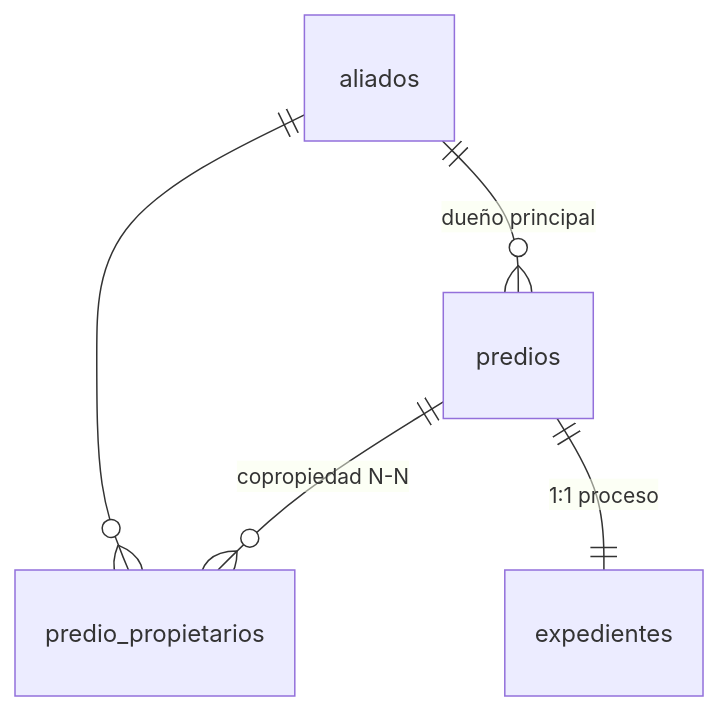
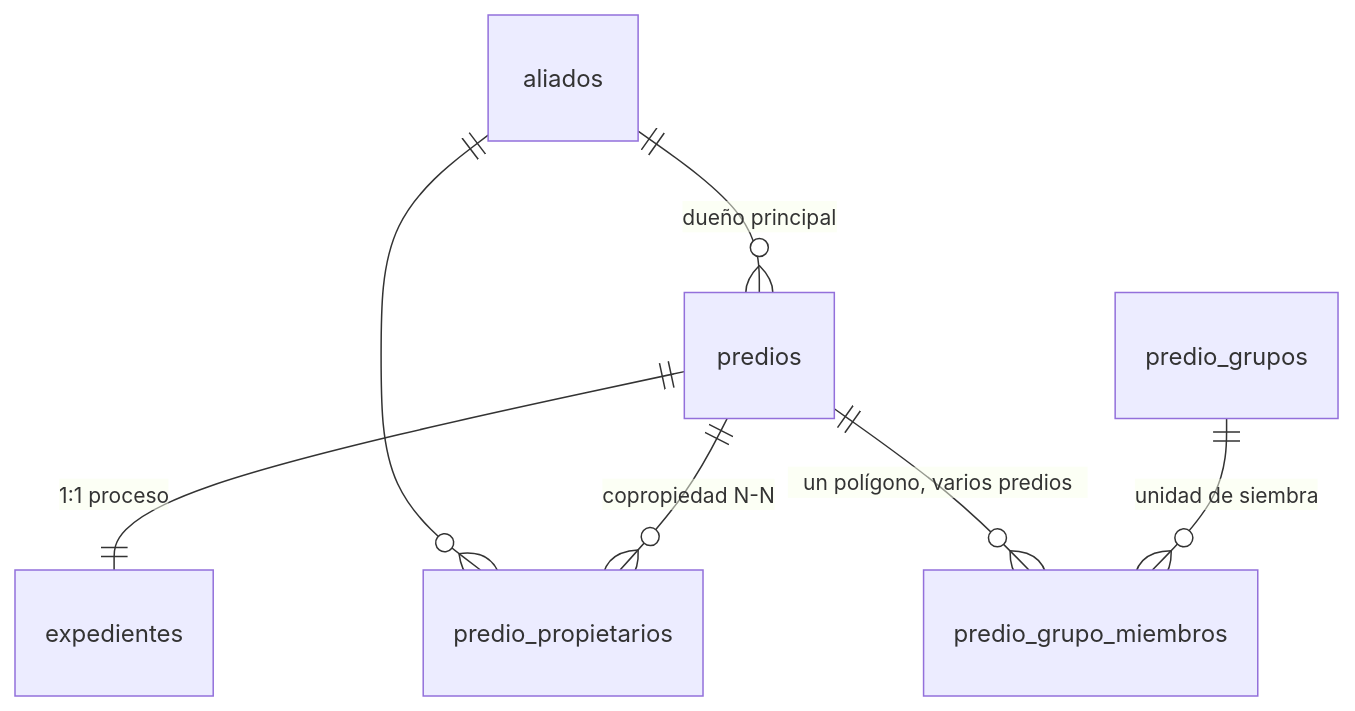
Before and after one commit to Alejandrombermudez/Intranet-AE: the second of 5 diagrams in docs/ARQUITECTURA_DATOS.md, drawn with Mermaid. The commit also changed other lines of this file and 21 other files, not shown here.

````diff
--- a/docs/ARQUITECTURA_DATOS.md
+++ b/docs/ARQUITECTURA_DATOS.md
@@ -77,7 +77,9 @@
 ```mermaid
 erDiagram
     aliados ||--o{ predios : "dueño principal"
     predios ||--o{ predio_propietarios : "copropiedad N-N"
     aliados ||--o{ predio_propietarios : ""
     predios ||--|| expedientes : "1:1 proceso"
+    predio_grupos ||--o{ predio_grupo_miembros : "unidad de siembra"
+    predios ||--o{ predio_grupo_miembros : "un polígono, varios predios"
 ```
````
